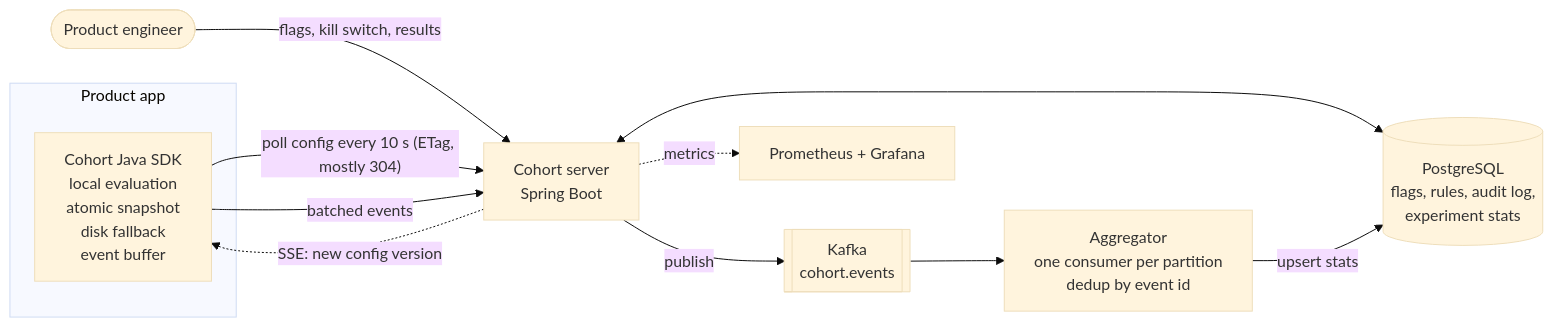
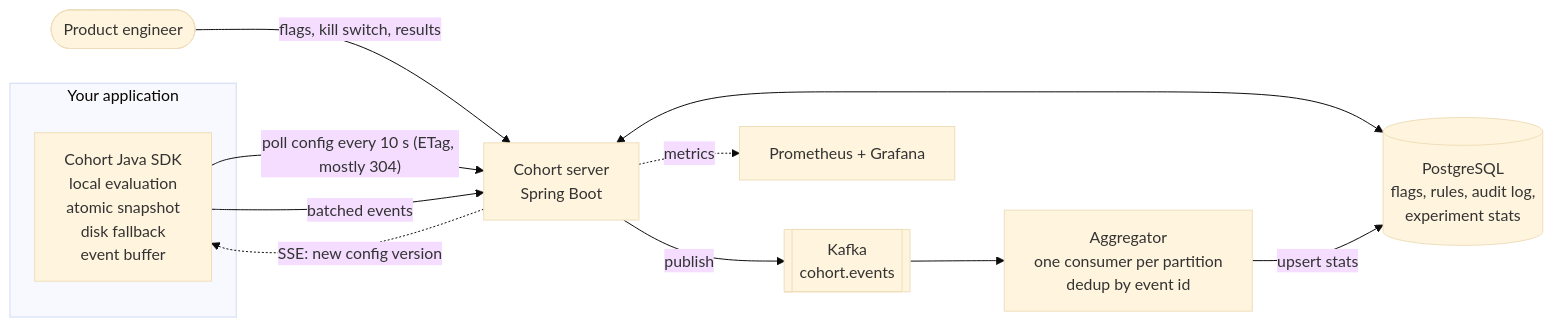
Before and after one commit to reema-s1/cohort: the diagram in README.md, drawn with Mermaid (base theme). The commit also changed other lines of this file, not shown here.

````diff
--- a/README.md
+++ b/README.md
@@ -10,15 +29,15 @@
 ```mermaid
 flowchart LR
-    subgraph app[Product app]
+    subgraph app[Your application]
         sdk[Cohort Java SDK<br/>local evaluation<br/>atomic snapshot<br/>disk fallback<br/>event buffer]
     end
     eng([Product engineer]) -- flags, kill switch, results --> server
     sdk -- "poll config every 10 s (ETag, mostly 304)" --> server[Cohort server<br/>Spring Boot]
     server -. "SSE: new config version" .-> sdk
     sdk -- batched events --> server
     server <--> pg[(PostgreSQL<br/>flags, rules, audit log,<br/>experiment stats)]
     server -- publish --> kafka[[Kafka<br/>cohort.events]]
     kafka --> agg[Aggregator<br/>one consumer per partition<br/>dedup by event id]
     agg -- upsert stats --> pg
     server -. metrics .-> prom[Prometheus + Grafana]
 ```
````
